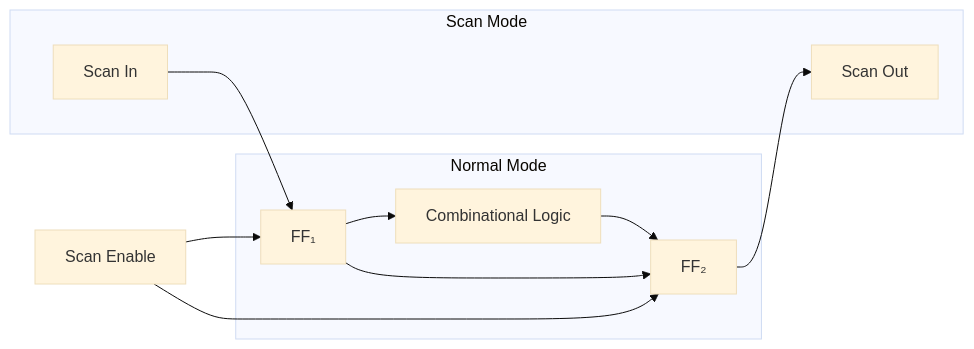
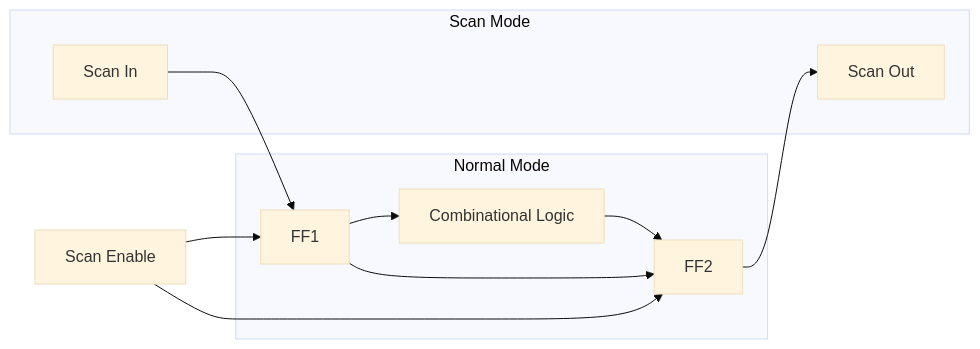
The third of 5 diagrams in docs/courses/digital-logic/15-advanced-topics.md (Raushan666java/ai-engineering-journey), drawn with Mermaid (base theme) before and after one commit. The commit also changed other lines of this file and 790 other files, not shown here.

Commit message:
Sync all course diagram renders and content updates

````diff
--- a/docs/courses/digital-logic/15-advanced-topics.md
+++ b/docs/courses/digital-logic/15-advanced-topics.md
@@ -199,13 +199,13 @@
 ```mermaid
 graph LR
     subgraph "Normal Mode"
-        FF1[FF₁] --> LOGIC[Combinational Logic] --> FF2[FF₂]
+        FF1[FF1] --> LOGIC[Combinational Logic] --> FF2[FF2]
     end
     subgraph "Scan Mode"
         SI[Scan In] --> FF1
         FF1 --> FF2
         FF2 --> SO[Scan Out]
     end
     SE[Scan Enable] --> FF1
     SE --> FF2
 ```
````
